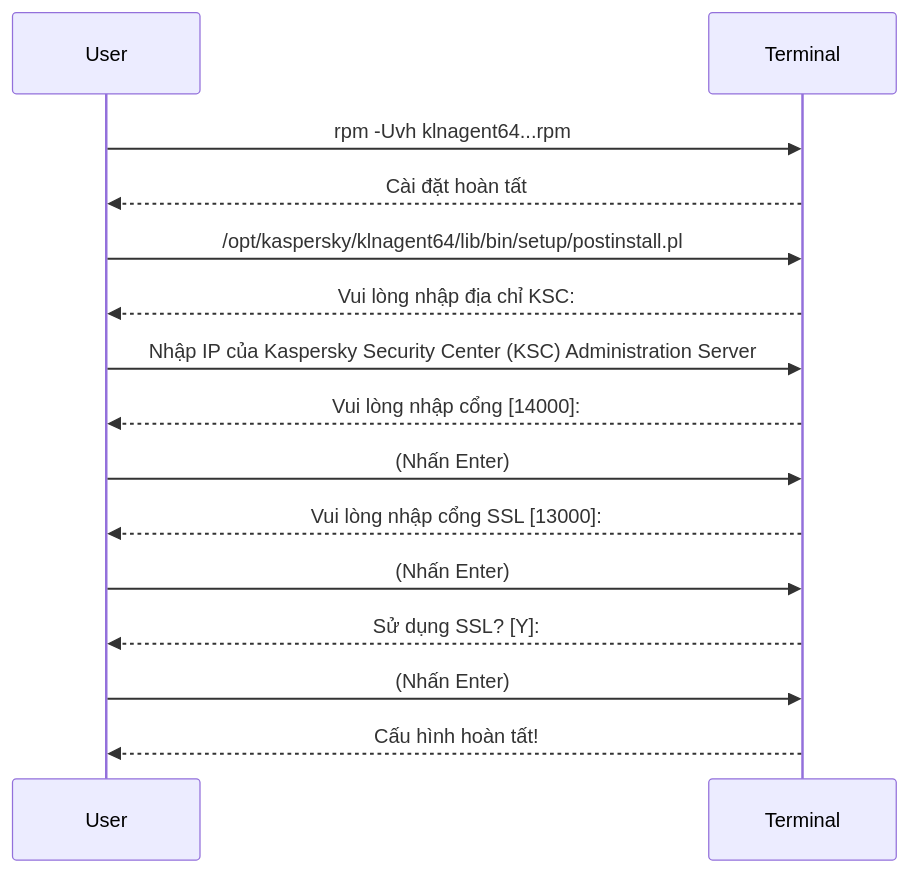
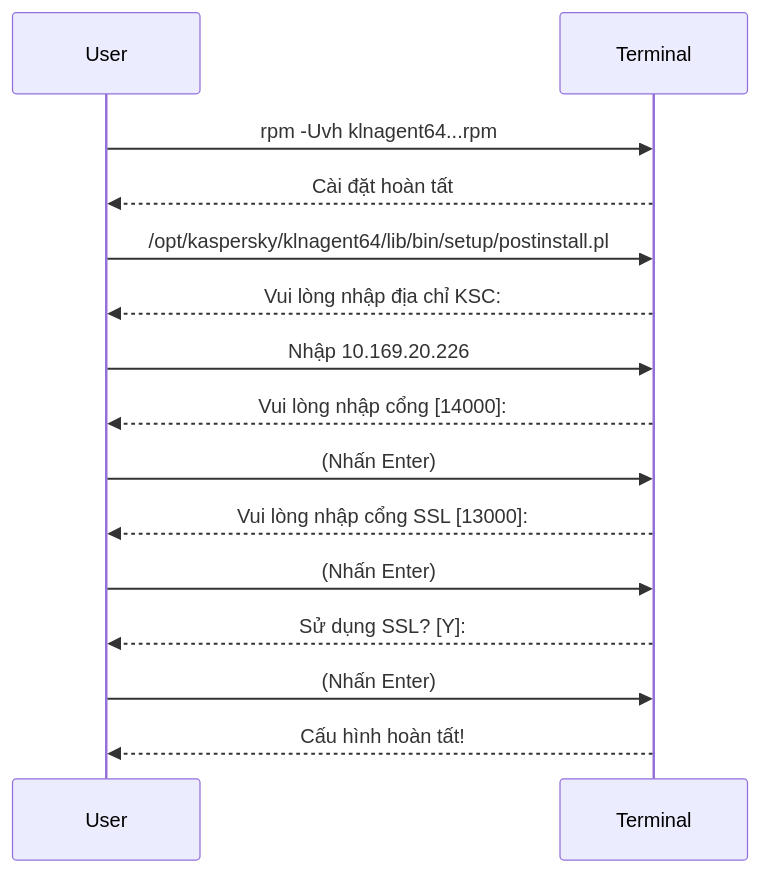
Before and after one commit to ngockhanhvd2812/DBA: the third of 10 diagrams in Linux/Security/huong-dan-cai-dat-kaspersky-kesl.md, drawn with Mermaid. The commit also changed other lines of this file, not shown here.

````diff
--- a/Linux/Security/huong-dan-cai-dat-kaspersky-kesl.md
+++ b/Linux/Security/huong-dan-cai-dat-kaspersky-kesl.md
@@ -97,17 +97,17 @@
 ```mermaid
 sequenceDiagram
     participant User
     participant Terminal
     User->>Terminal: rpm -Uvh klnagent64...rpm
     Terminal-->>User: Cài đặt hoàn tất
     User->>Terminal: /opt/kaspersky/klnagent64/lib/bin/setup/postinstall.pl
     Terminal-->>User: Vui lòng nhập địa chỉ KSC:
-    User->>Terminal: Nhập IP của Kaspersky Security Center (KSC) Administration Server 
+    User->>Terminal: Nhập 10.169.20.226 
     Terminal-->>User: Vui lòng nhập cổng [14000]:
     User->>Terminal: (Nhấn Enter)
     Terminal-->>User: Vui lòng nhập cổng SSL [13000]:
     User->>Terminal: (Nhấn Enter)
     Terminal-->>User: Sử dụng SSL? [Y]:
     User->>Terminal: (Nhấn Enter)
     Terminal-->>User: Cấu hình hoàn tất!
 ```
````
